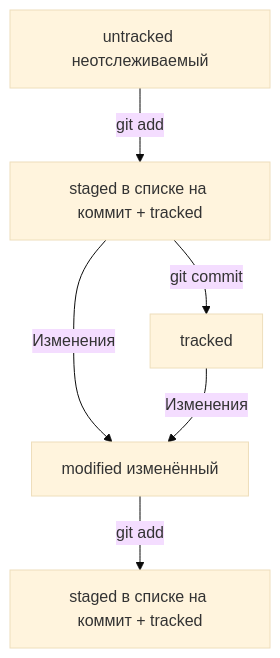
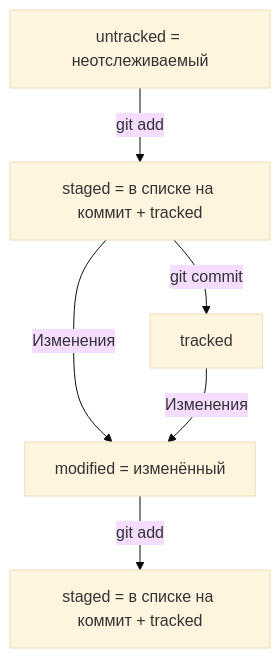
One commit to ProgrammingAnge1Z/Second-project changed the diagram in README.md. Above: the diagram before and after it, drawn with Mermaid (base theme).

Commit message:
Исправить ошибку с рисунком #4

````diff
--- a/README.md
+++ b/README.md
@@ -88,8 +88,8 @@
 ```mermaid
 flowchart TD
-	A[untracked неотслеживаемый] -- "git add" --> B[staged в списке на коммит + tracked]
+	A[untracked = неотслеживаемый] -- "git add" --> B[staged = в списке на коммит + tracked]
 	B -- "git commit" --> C[tracked]
-	B -- "Изменения" --> D[modified изменённый]
-	C -- "Изменения" --> D[modified изменённый]
-	D -- "git add" --> BB[staged в списке на коммит + tracked]
+	B -- "Изменения" --> D[modified = изменённый]
+	C -- "Изменения" --> D[modified = изменённый]
+	D -- "git add" --> BB[staged = в списке на коммит + tracked]
 ```
````
